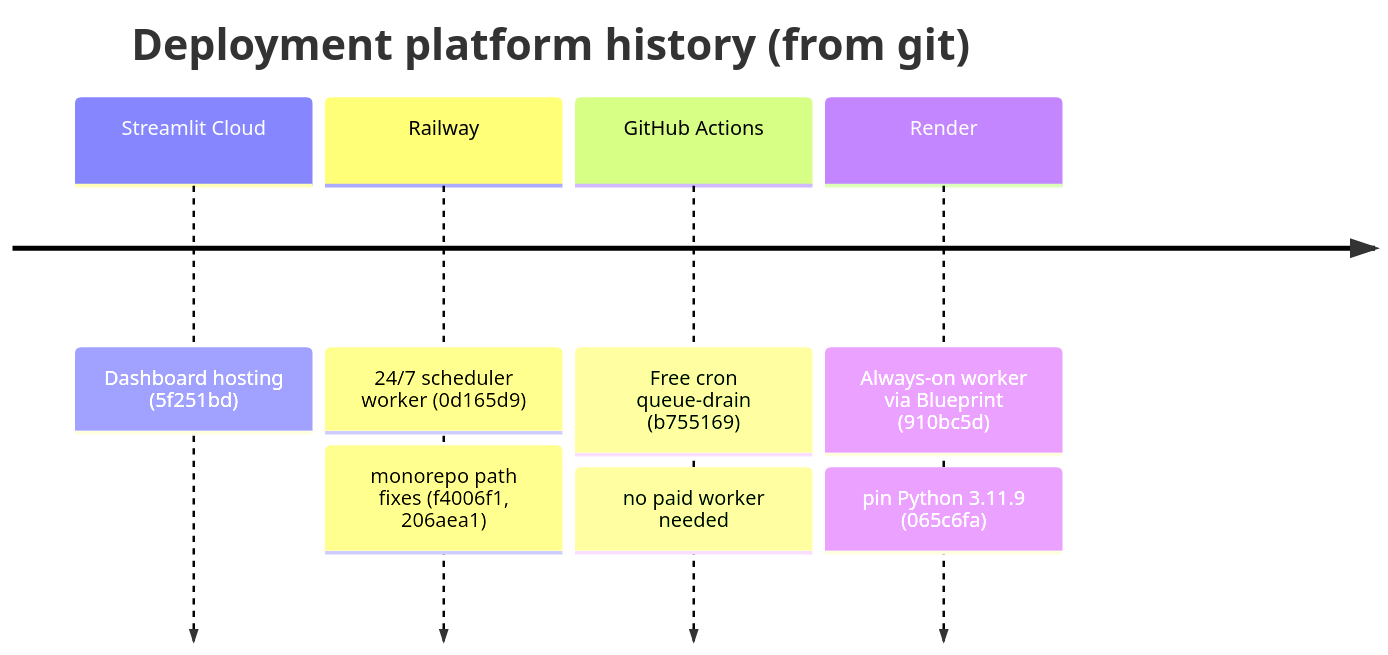
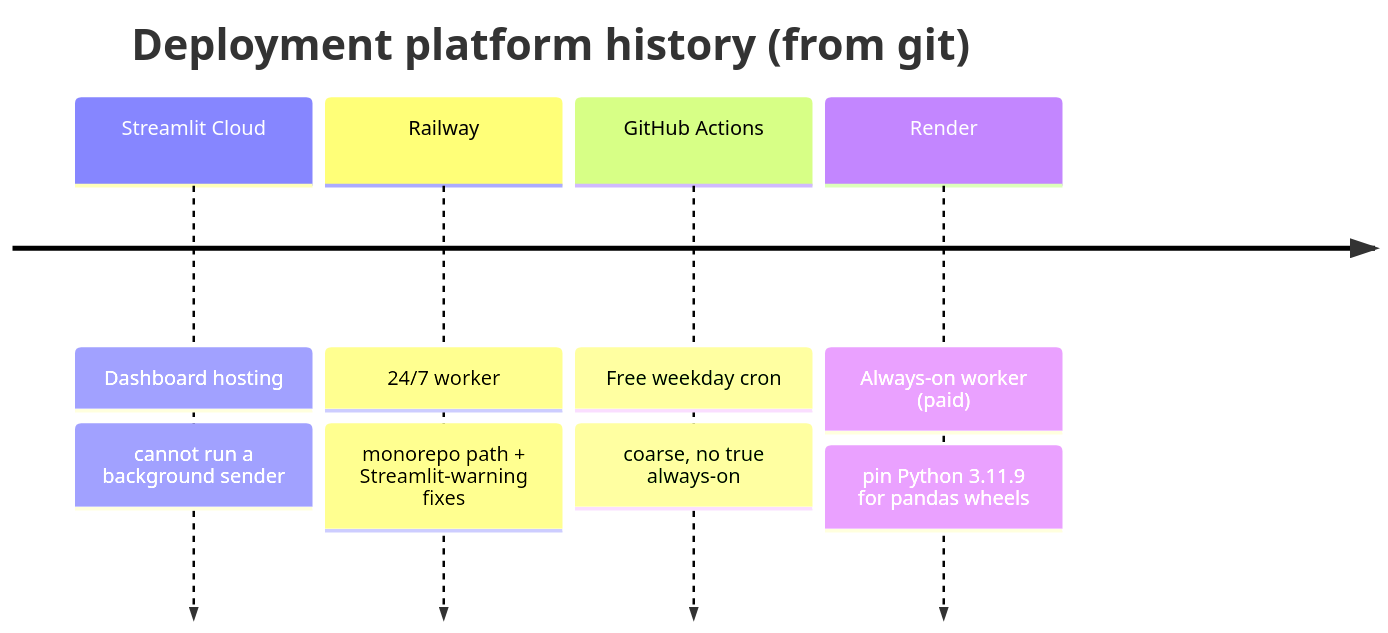
Before and after one commit to adityasharmadotai-hash/networking-app: the second of 4 diagrams in outreach-agent/DEVELOPMENT_JOURNEY.md, drawn with Mermaid. The commit also changed other lines of this file, not shown here.

````diff
--- a/outreach-agent/DEVELOPMENT_JOURNEY.md
+++ b/outreach-agent/DEVELOPMENT_JOURNEY.md
@@ -332,8 +205,8 @@
 ```mermaid
 timeline
     title Deployment platform history (from git)
-    Streamlit Cloud : Dashboard hosting (5f251bd)
-    Railway         : 24/7 scheduler worker (0d165d9) : monorepo path fixes (f4006f1, 206aea1)
-    GitHub Actions  : Free cron queue-drain (b755169) : no paid worker needed
-    Render          : Always-on worker via Blueprint (910bc5d) : pin Python 3.11.9 (065c6fa)
+    Streamlit Cloud : Dashboard hosting : cannot run a background sender
+    Railway         : 24/7 worker : monorepo path + Streamlit-warning fixes
+    GitHub Actions  : Free weekday cron : coarse, no true always-on
+    Render          : Always-on worker (paid) : pin Python 3.11.9 for pandas wheels
 ```
````
